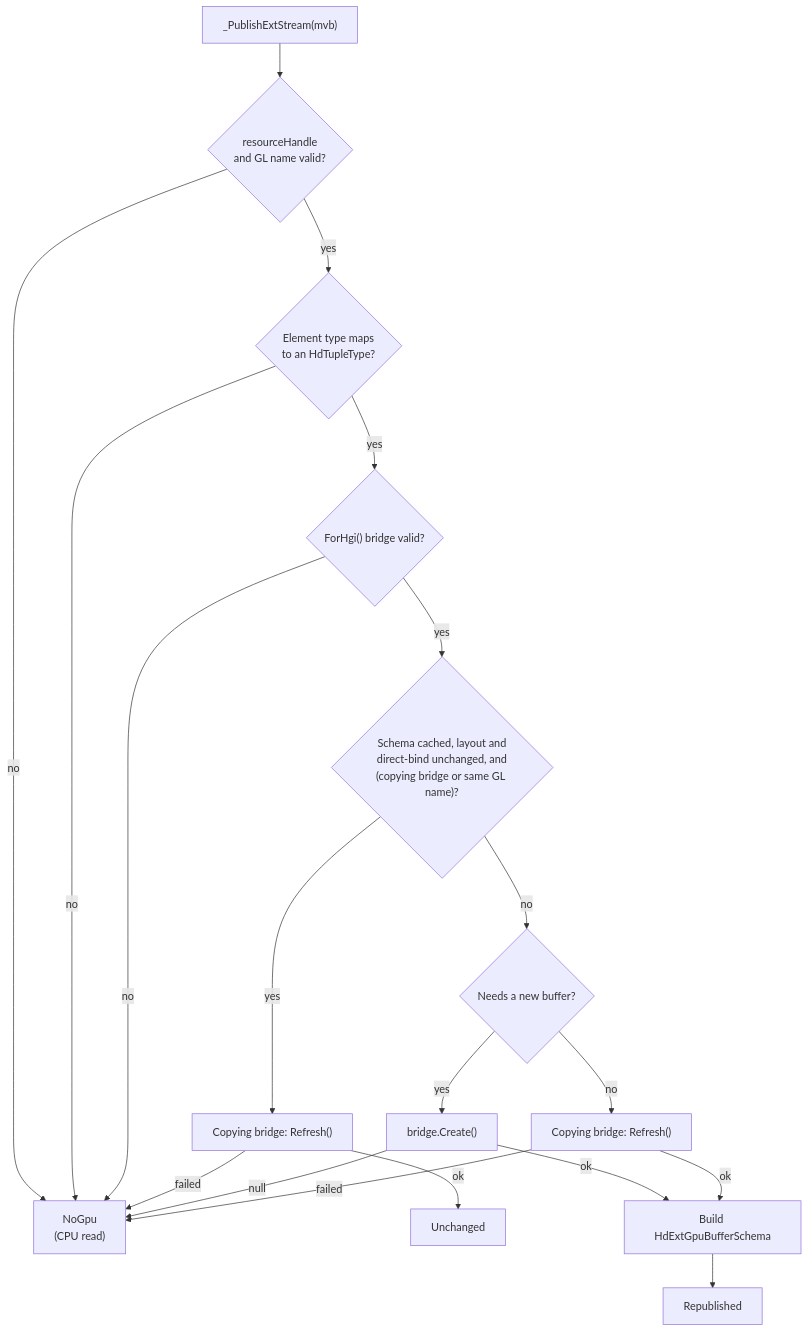
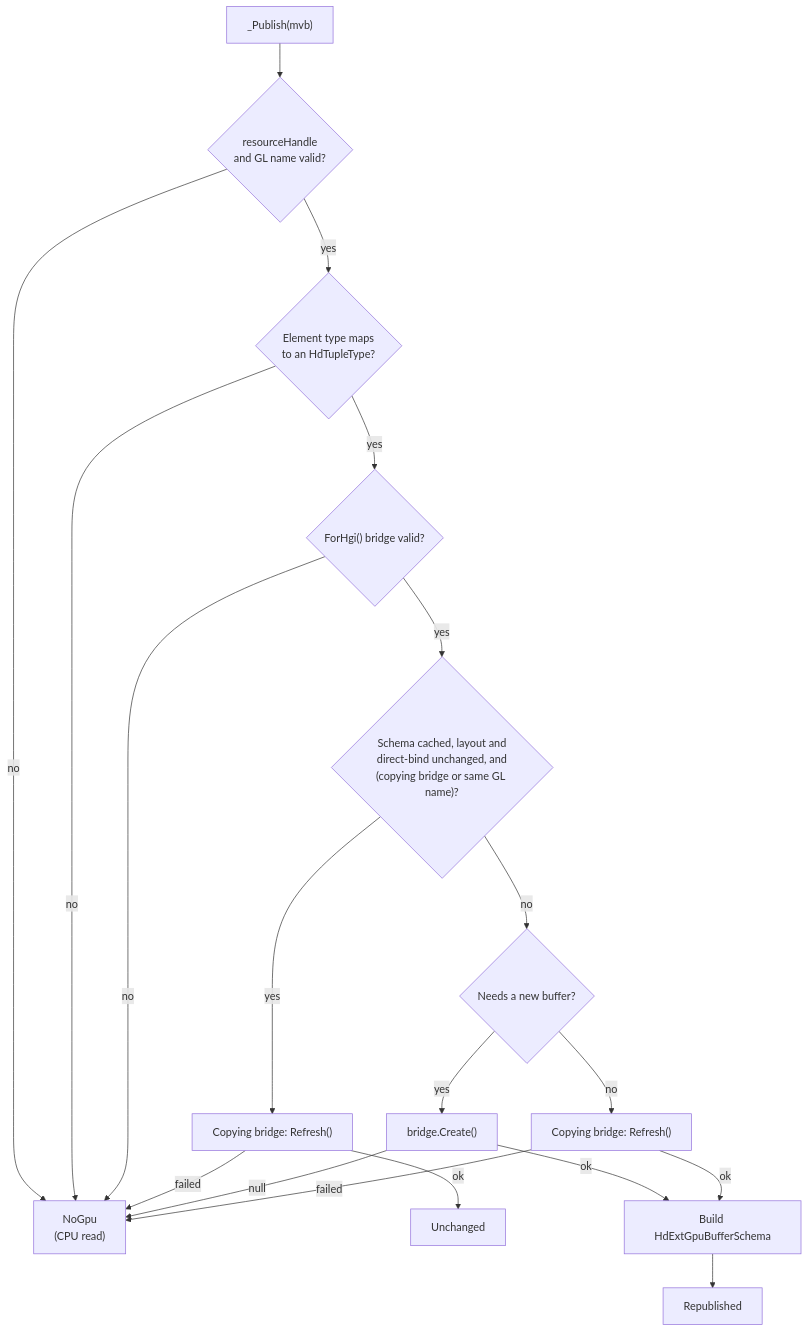
One commit to Autodesk/maya-hydra changed the third of 4 diagrams in doc/gpuBufferSharing.md. Above: the diagram before and after it, drawn with Mermaid. The commit also changed other lines of this file and 33 other files, not shown here.

````diff
--- a/doc/gpuBufferSharing.md
+++ b/doc/gpuBufferSharing.md
@@ -240,21 +243,21 @@
 ```mermaid
 flowchart TD
-    START["_PublishExtStream(mvb)"] --> H{"resourceHandle<br/>and GL name valid?"}
+    START["_Publish(mvb)"] --> H{"resourceHandle<br/>and GL name valid?"}
     H -- no --> CPU["NoGpu<br/>(CPU read)"]
     H -- yes --> L{"Element type maps<br/>to an HdTupleType?"}
     L -- no --> CPU
     L -- yes --> B{"ForHgi() bridge valid?"}
     B -- no --> CPU
     B -- yes --> SAME{"Schema cached, layout and<br/>direct-bind unchanged, and<br/>(copying bridge or same GL name)?"}
     SAME -- yes --> REF["Copying bridge: Refresh()"]
     REF -- ok --> UNCH["Unchanged"]
     REF -- failed --> CPU
     SAME -- no --> NEW{"Needs a new buffer?"}
     NEW -- yes --> CR["bridge.Create()"]
     NEW -- no --> REF2["Copying bridge: Refresh()"]
     CR -- null --> CPU
     CR -- ok --> SCH["Build HdExtGpuBufferSchema"]
     REF2 -- failed --> CPU
     REF2 -- ok --> SCH
     SCH --> REP["Republished"]
 ```
````
